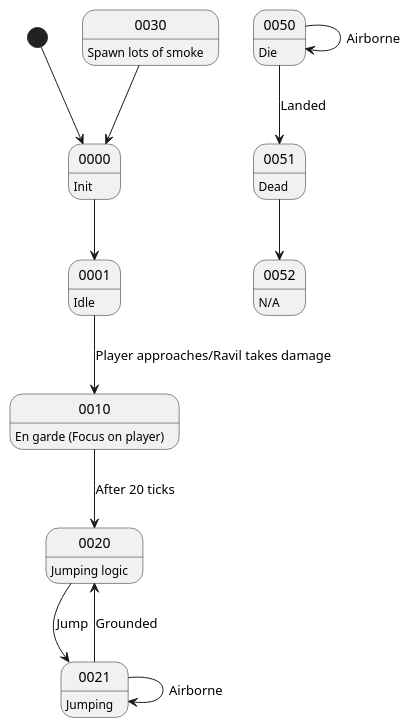
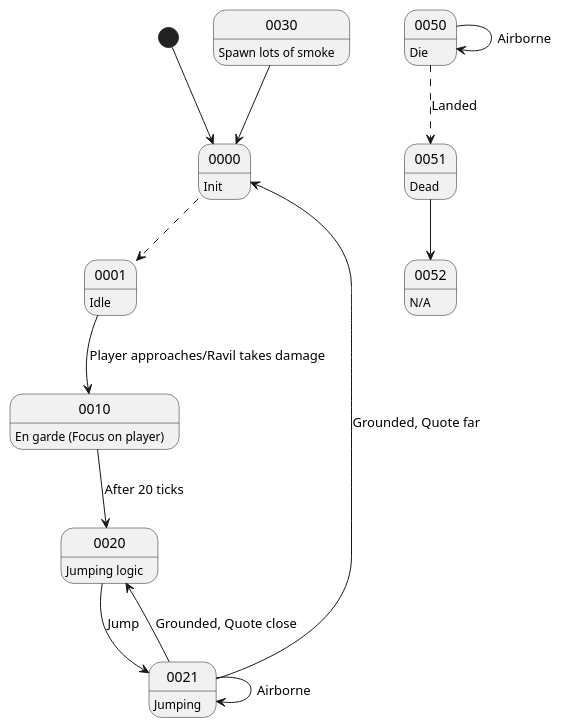
The diagram in ANP/Npc_115_-_Ravil.wsd (CaveStoryModdingCommunity/ANP-Graphs), drawn with PlantUML before and after one commit.

Commit message:
Fixing Ravil

```diff
--- a/ANP/Npc_115_-_Ravil.wsd
+++ b/ANP/Npc_115_-_Ravil.wsd
@@ -1,31 +1,32 @@
 @startuml Npc 0115 - Ravil
 [*] --> 0000
 0000 : Init
-0000 --> 0001
+0000 -[dashed]-> 0001
 
 0001: Idle
 0001 --> 0010 : Player approaches/Ravil takes damage
 
 0010: En garde (Focus on player)
 0010 --> 0020 : After 20 ticks
 
 0020: Jumping logic
 0020 --> 0021 : Jump
 
 0021: Jumping
 0021 --> 0021 : Airborne
-0021 --> 0020 : Grounded
+0021 --> 0020 : Grounded, Quote close
+0021 --> 0000 : Grounded, Quote far
 
 0030 : Spawn lots of smoke
 0030 --> 0000
 
 0050: Die
 0050 --> 0050 : Airborne
-0050 --> 0051 : Landed
+0050 -[dashed]-> 0051 : Landed
 
 0051: Dead
 0051 --> 0052
 
 0052: N/A
 
 @enduml
```
